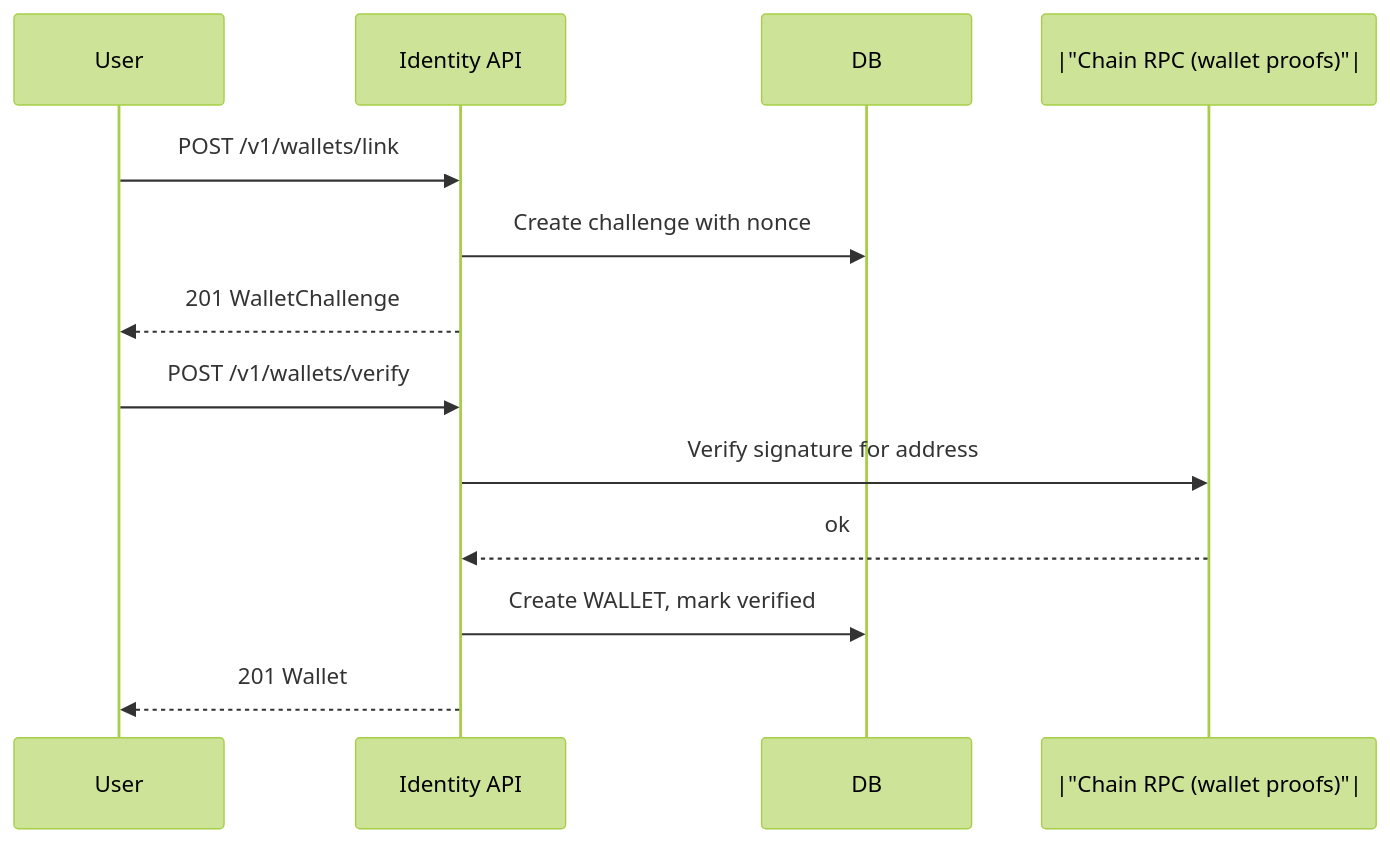
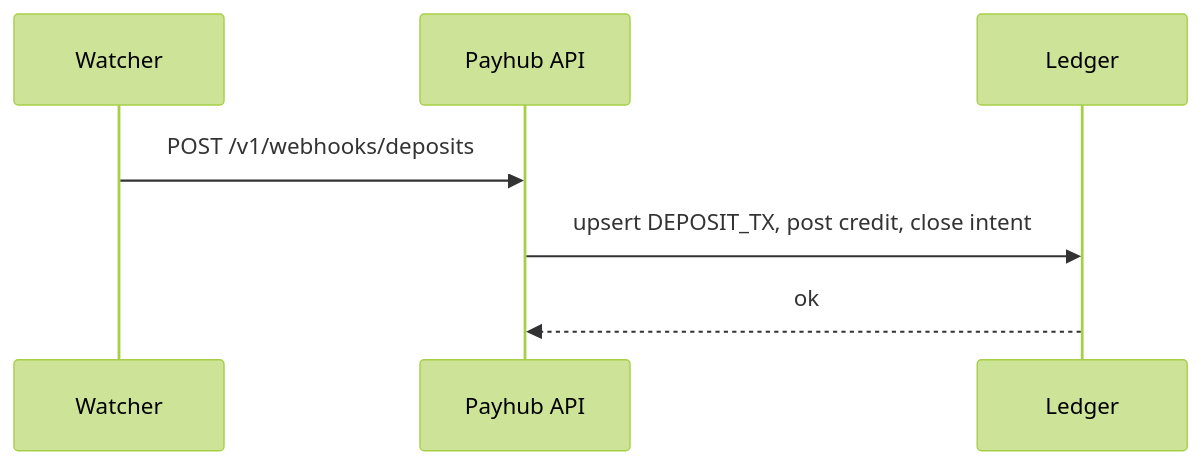
One commit to bkkac/tg-miniapp-payhub-service changed the fourth of 7 diagrams in SystemDesign.md. Above: the diagram before and after it, drawn with Mermaid (forest theme). The commit also changed other lines of this file, not shown here.

````diff
--- a/SystemDesign.md
+++ b/SystemDesign.md
@@ -1031,15 +1000,9 @@
 ```mermaid
 sequenceDiagram
-  participant U as User
-  participant API as Identity API
-  participant DB as DB
-  participant RPC as |"Chain RPC (wallet proofs)"|
-  U->>API: POST /v1/wallets/link
-  API->>DB: Create challenge with nonce
-  API-->>U: 201 WalletChallenge
-  U->>API: POST /v1/wallets/verify
-  API->>RPC: Verify signature for address
-  RPC-->>API: ok
-  API->>DB: Create WALLET, mark verified
-  API-->>U: 201 Wallet
+  participant W as Watcher
+  participant PH as Payhub API
+  participant DB as Ledger
+  W->>PH: POST /v1/webhooks/deposits
+  PH->>DB: upsert DEPOSIT_TX, post credit, close intent
+  DB-->>PH: ok
 ```
````
